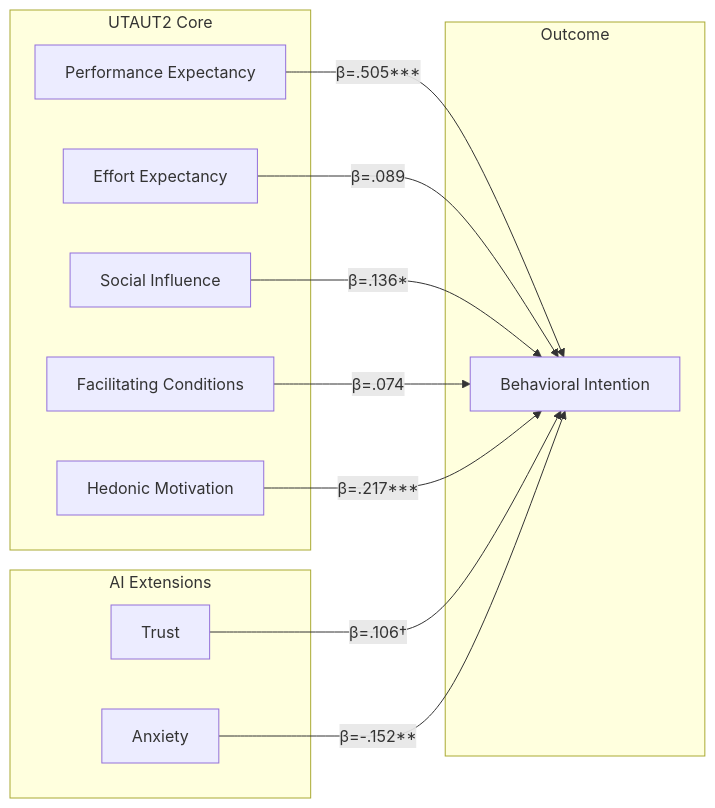
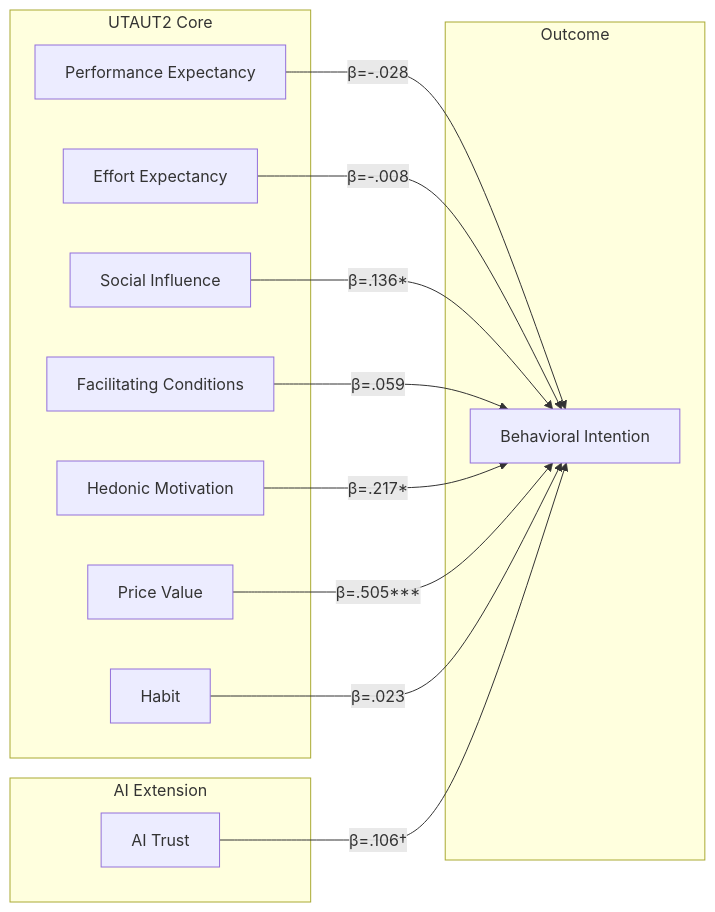
Before and after one commit to fabioc-aloha/AIRS_Data_Analysis: the diagram in README.md, drawn with Mermaid. The commit also changed other lines of this file and 4 other files, not shown here.

````diff
--- a/README.md
+++ b/README.md
@@ -104,27 +104,29 @@
 ```mermaid
 flowchart LR
     subgraph UTAUT2["UTAUT2 Core"]
         PE[Performance Expectancy]
         EE[Effort Expectancy]
         SI[Social Influence]
         FC[Facilitating Conditions]
         HM[Hedonic Motivation]
+        PV[Price Value]
+        HB[Habit]
     end
 
-    subgraph Extensions["AI Extensions"]
-        TR[Trust]
-        AX[Anxiety]
+    subgraph Extensions["AI Extension"]
+        TR[AI Trust]
     end
 
     subgraph Outcome["Outcome"]
         BI[Behavioral Intention]
     end
 
-    PE -->|β=.505***| BI
-    EE -->|β=.089| BI
+    PE -->|β=-.028| BI
+    EE -->|β=-.008| BI
     SI -->|β=.136*| BI
-    FC -->|β=.074| BI
-    HM -->|β=.217***| BI
+    FC -->|β=.059| BI
+    HM -->|β=.217*| BI
+    PV -->|β=.505***| BI
+    HB -->|β=.023| BI
     TR -->|β=.106†| BI
-    AX -->|β=-.152**| BI
 ```
````
